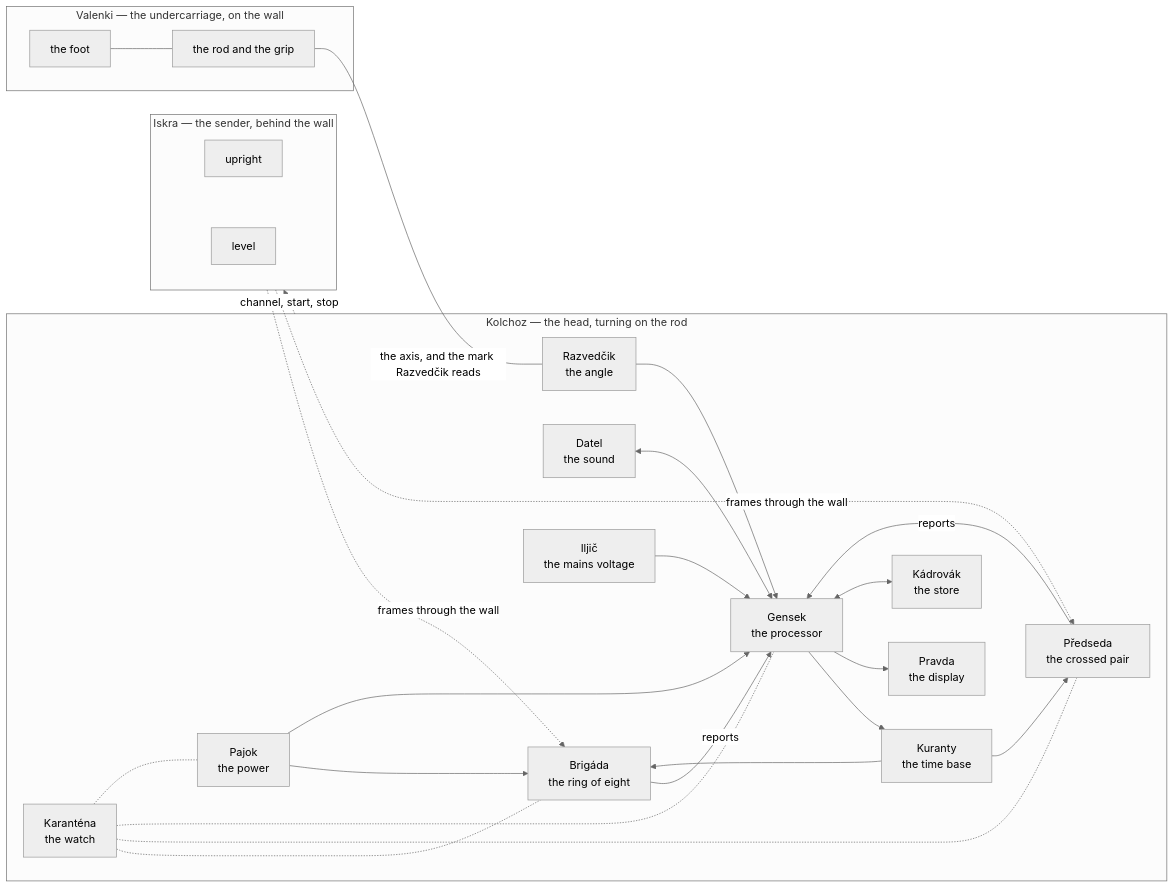
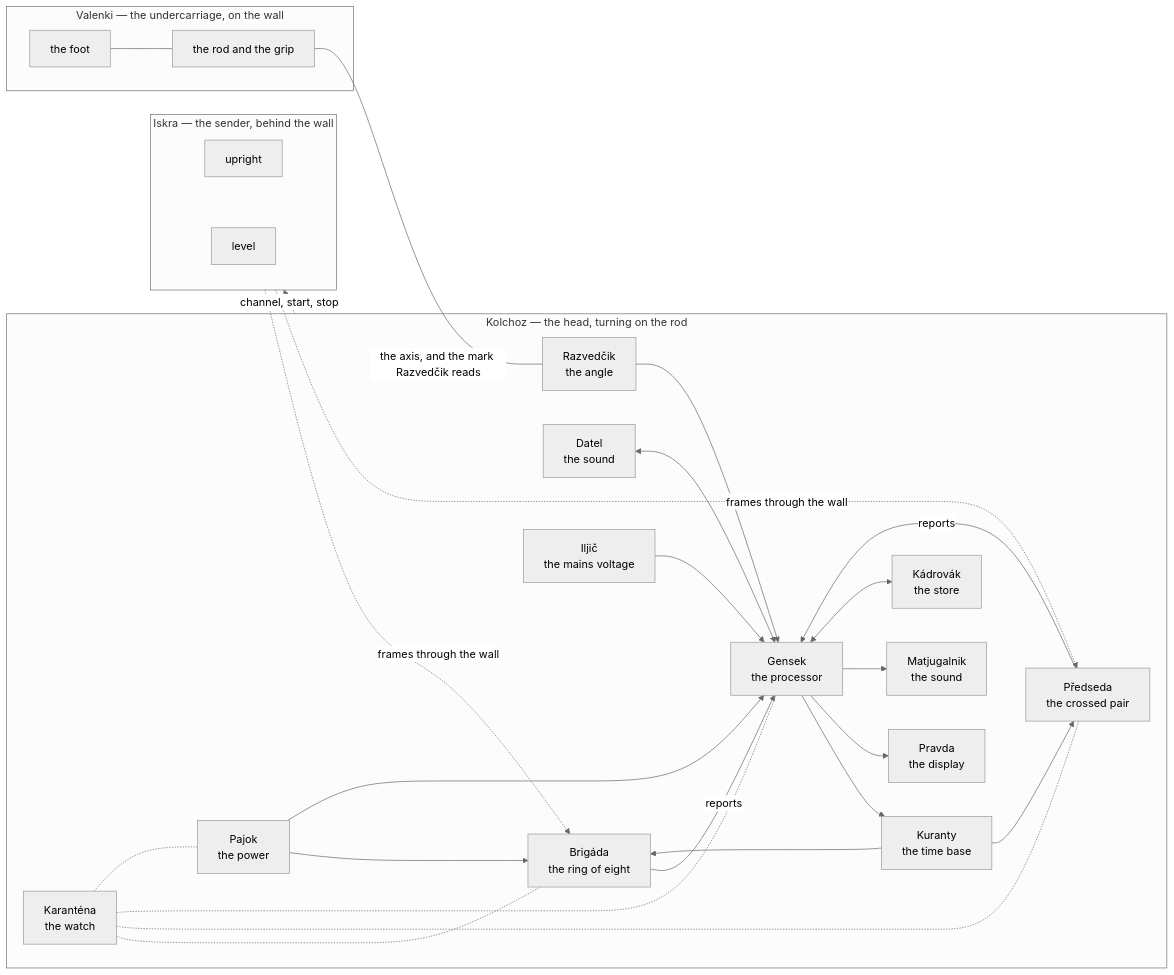
Before and after one commit to Project-NIC/NIC-Sluchalo: the diagram in architecture.md, drawn with Mermaid (neutral theme). The commit also changed other lines of this file and 1 other file, not shown here.

First line of the commit message:
Matjugalnik, the sound, added as a unit

````diff
--- a/architecture.md
+++ b/architecture.md
@@ -21,25 +21,26 @@
 ```mermaid
 flowchart LR
   subgraph F[Iskra — the sender, behind the wall]
     FA[upright] ~~~ FB[level]
   end
   subgraph V[Valenki — the undercarriage, on the wall]
     VF[the foot] --- VR[the rod and the grip]
   end
   subgraph K[Kolchoz — the head, turning on the rod]
     B[Brigáda<br/>the ring of eight] -->|reports| G[Gensek<br/>the processor]
     PR[Předseda<br/>the crossed pair] -->|reports| G
     C[Kuranty<br/>the time base] --> B & PR
     G --> C
     Q[Karanténa<br/>the watch] -.- B & PR & G & P
     D[Datel<br/>the sound] <--> G
     R[Razvedčik<br/>the angle] --> G
     I[Iljič<br/>the mains voltage] --> G
     G --> S[Pravda<br/>the display]
+    G --> MJ[Matjugalnik<br/>the sound]
     G <--> M[Kádrovák<br/>the store]
     P[Pajok<br/>the power] --> B & G
   end
   F -. frames through the wall .-> B & PR
   K -. channel, start, stop .-> F
   VR -- the axis, and the mark Razvedčik reads --- R
 ```
````
